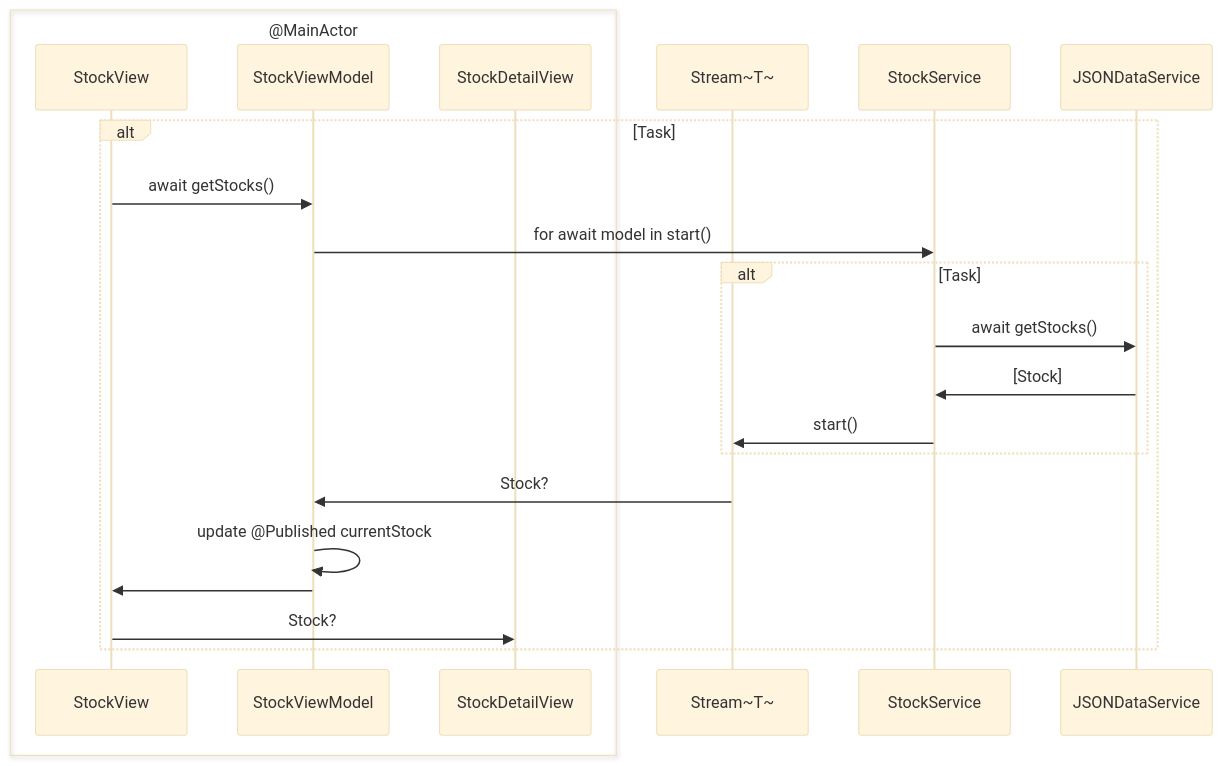
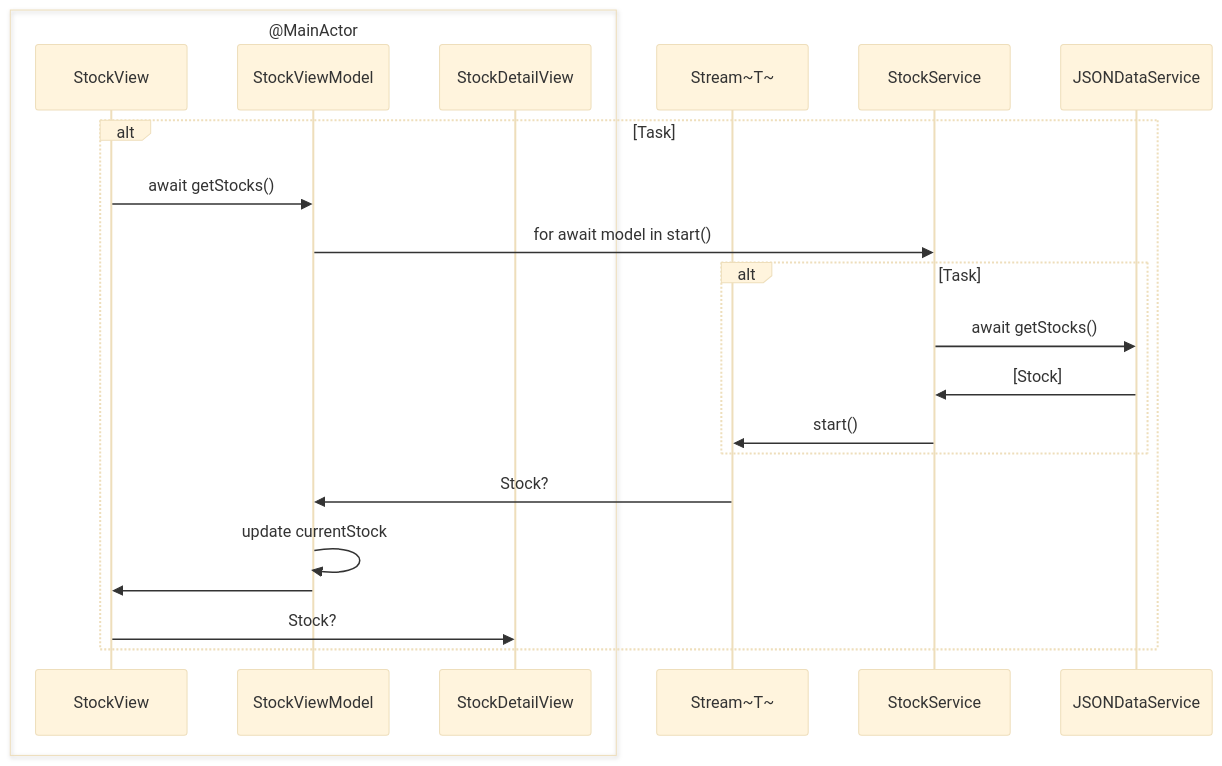
One commit to pakirby1/AsynchronousProgramming changed diagram 17 of 20 in AsynchronousProgramming/Documentation/AsynchronousProgramming.md. Above: the diagram before and after it, drawn with Mermaid (base theme). The commit also changed other lines of this file and 6 other files, not shown here.

````diff
--- a/AsynchronousProgramming/Documentation/AsynchronousProgramming.md
+++ b/AsynchronousProgramming/Documentation/AsynchronousProgramming.md
@@ -1346,25 +1365,25 @@
 ```mermaid
 sequenceDiagram
     box @MainActor
     participant StockView
     participant StockViewModel
     participant StockDetailView
     end
     participant Stream~T~
     participant StockService
     participant JSONDataService
 
     alt Task
     StockView->>StockViewModel: await getStocks()
     StockViewModel->>StockService: for await model in start()
     alt Task
     StockService->>JSONDataService: await getStocks()
     JSONDataService->>StockService: [Stock]
     StockService->>Stream~T~: start()
     end
     Stream~T~->>StockViewModel: Stock?
-    StockViewModel->>StockViewModel: update @Published currentStock
+    StockViewModel->>StockViewModel: update currentStock
     StockViewModel->>StockView: 
     StockView->>StockDetailView: Stock?
     end
 ```
````
